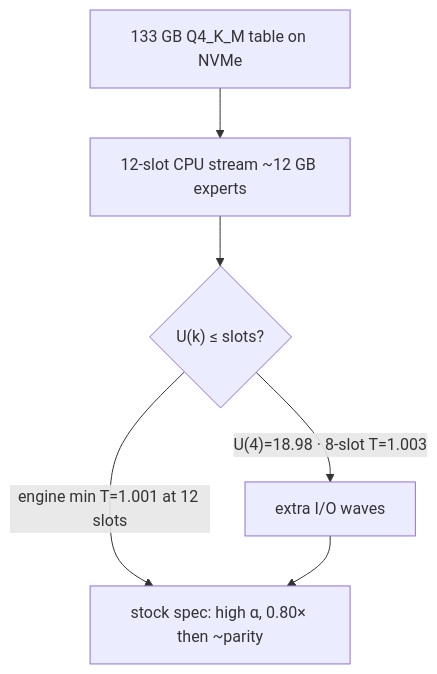
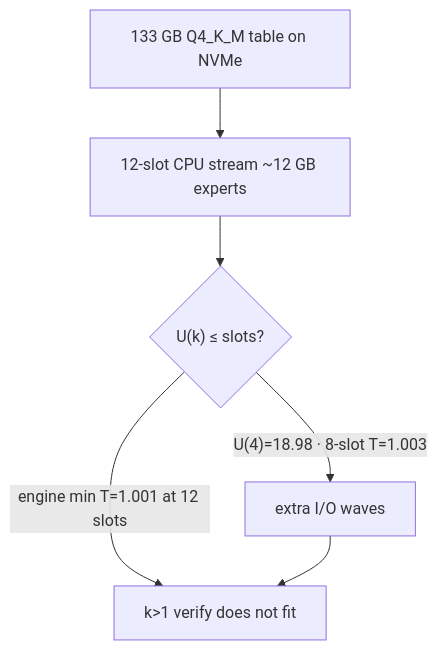
Before and after one commit to Shriniwas410/capacity-law-serving: the diagram in README.md, drawn with Mermaid. The commit also changed other lines of this file and 4 other files, not shown here.

````diff
--- a/README.md
+++ b/README.md
@@ -26,8 +29,8 @@
 ```mermaid
 flowchart TD
   table["133 GB Q4_K_M table on NVMe"] --> stream["12-slot CPU stream ~12 GB experts"]
   stream --> q{"U(k) ≤ slots?"}
   q -->|"U(4)=18.98 · 8-slot T=1.003"| no["extra I/O waves"]
-  q -->|"engine min T=1.001 at 12 slots"| spec["stock spec: high α, 0.80× then ~parity"]
-  no --> spec
+  q -->|"engine min T=1.001 at 12 slots"| extra["k>1 verify does not fit"]
+  no --> extra
 ```
````
